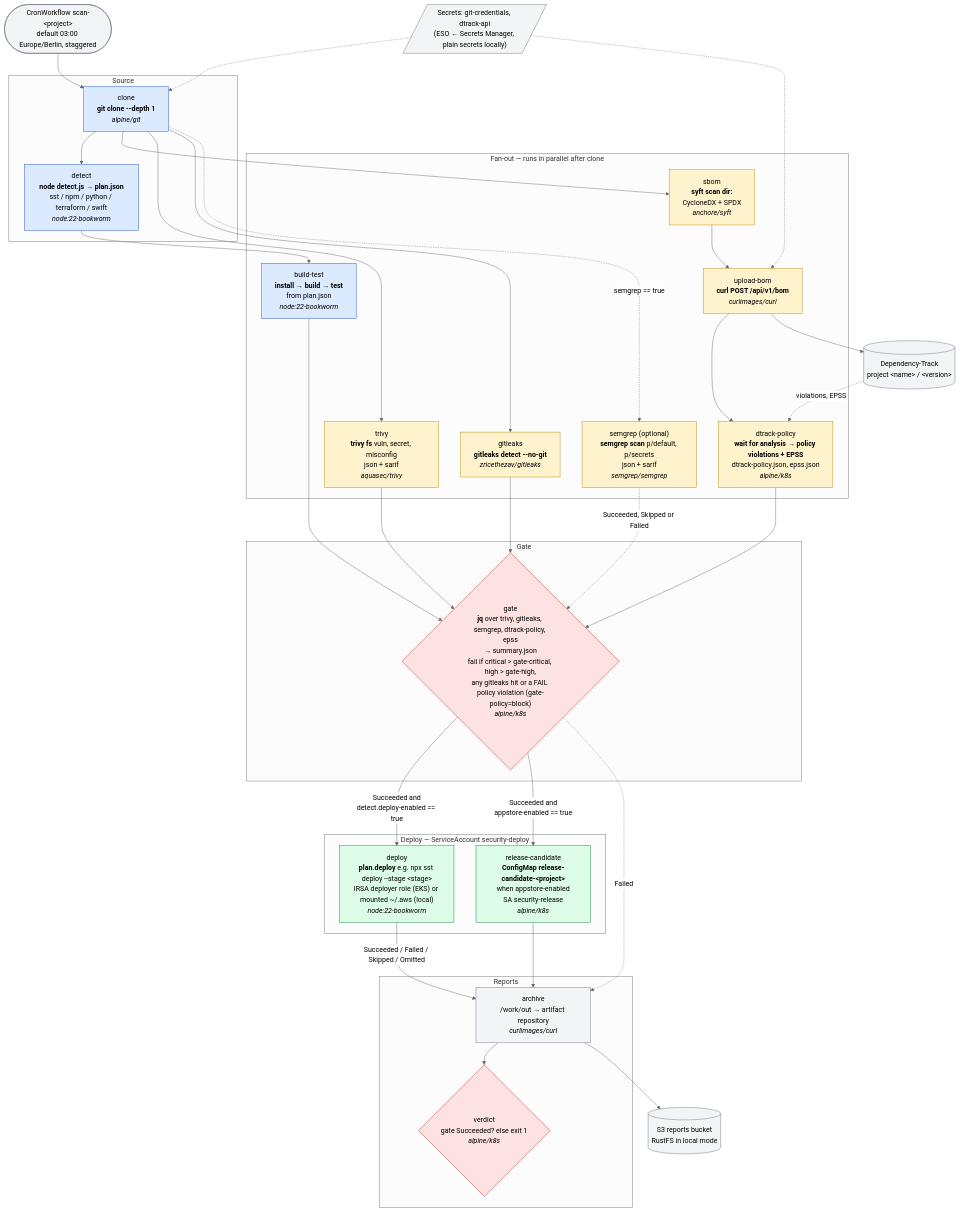
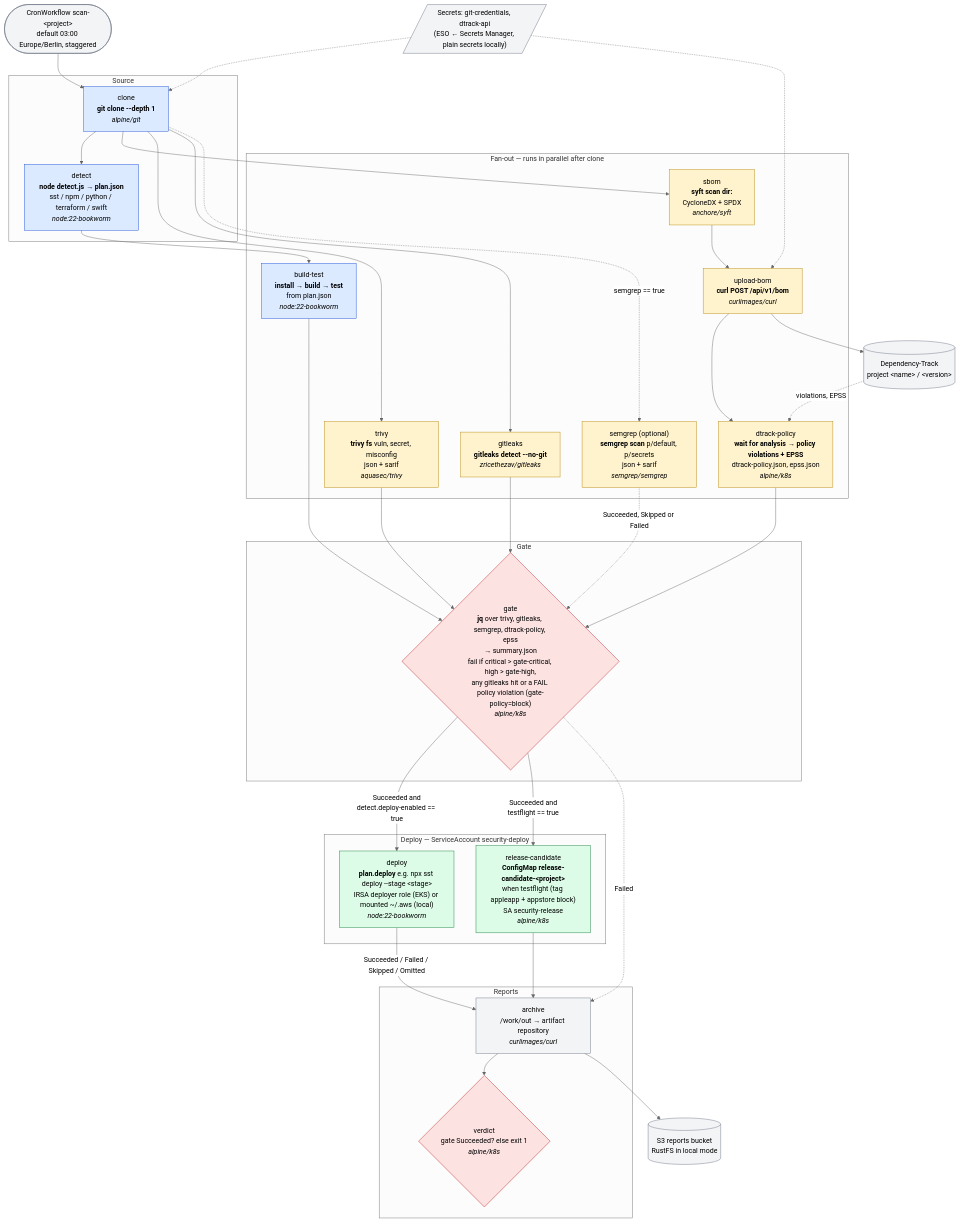
One commit to afitterling/security-pipeline changed the first of 4 diagrams in docs/workflow.md. Above: the diagram before and after it, drawn with Mermaid (neutral theme). The commit also changed other lines of this file and 14 other files, not shown here.

First line of the commit message:
tag Swift repos appleapp; upload-to-testflight workflow only for appleapp projects

````diff
--- a/docs/workflow.md
+++ b/docs/workflow.md
@@ -10,73 +10,73 @@
 ```mermaid
 flowchart TD
     cron([CronWorkflow scan-&lt;project&gt;<br/>default 03:00 Europe/Berlin, staggered]) --> clone
 
     subgraph source["Source"]
         clone["clone<br/><b>git clone --depth 1</b><br/><i>alpine/git</i>"]
         detect["detect<br/><b>node detect.js → plan.json</b><br/>sst / npm / python / terraform / swift<br/><i>node:22-bookworm</i>"]
     end
 
     subgraph parallel["Fan-out — runs in parallel after clone"]
         build["build-test<br/><b>install → build → test</b><br/>from plan.json<br/><i>node:22-bookworm</i>"]
         sbom["sbom<br/><b>syft scan dir:</b><br/>CycloneDX + SPDX<br/><i>anchore/syft</i>"]
         upload["upload-bom<br/><b>curl POST /api/v1/bom</b><br/><i>curlimages/curl</i>"]
         dpol["dtrack-policy<br/><b>wait for analysis → policy violations + EPSS</b><br/>dtrack-policy.json, epss.json<br/><i>alpine/k8s</i>"]
         trivy["trivy<br/><b>trivy fs</b> vuln, secret, misconfig<br/>json + sarif<br/><i>aquasec/trivy</i>"]
         gitleaks["gitleaks<br/><b>gitleaks detect --no-git</b><br/><i>zricethezav/gitleaks</i>"]
         semgrep["semgrep (optional)<br/><b>semgrep scan</b> p/default, p/secrets<br/>json + sarif<br/><i>semgrep/semgrep</i>"]
     end
 
     subgraph gatebox["Gate"]
         gate{"gate<br/><b>jq</b> over trivy, gitleaks, semgrep, dtrack-policy, epss<br/>→ summary.json<br/>fail if critical &gt; gate-critical, high &gt; gate-high,<br/>any gitleaks hit or a FAIL policy violation (gate-policy=block)<br/><i>alpine/k8s</i>"}
     end
 
     subgraph deploybox["Deploy — ServiceAccount security-deploy"]
-        rc["release-candidate<br/><b>ConfigMap release-candidate-&lt;project&gt;</b><br/>when appstore-enabled<br/>SA security-release<br/><i>alpine/k8s</i>"]
+        rc["release-candidate<br/><b>ConfigMap release-candidate-&lt;project&gt;</b><br/>when testflight (tag appleapp + appstore block)<br/>SA security-release<br/><i>alpine/k8s</i>"]
         deploy["deploy<br/><b>plan.deploy</b> e.g. npx sst deploy --stage &lt;stage&gt;<br/>IRSA deployer role (EKS) or mounted ~/.aws (local)<br/><i>node:22-bookworm</i>"]
     end
 
     subgraph finish["Reports"]
         archive["archive<br/>/work/out → artifact repository<br/><i>curlimages/curl</i>"]
         verdict{"verdict<br/>gate Succeeded? else exit 1<br/><i>alpine/k8s</i>"}
     end
 
     clone --> detect --> build
     clone --> sbom --> upload --> dpol
     clone --> trivy
     clone --> gitleaks
     clone -. "semgrep == true" .-> semgrep
 
     build --> gate
     dpol --> gate
     trivy --> gate
     gitleaks --> gate
     semgrep -. "Succeeded, Skipped or Failed" .-> gate
 
     gate -- "Succeeded and<br/>detect.deploy-enabled == true" --> deploy
-    gate -- "Succeeded and<br/>appstore-enabled == true" --> rc
+    gate -- "Succeeded and<br/>testflight == true" --> rc
     rc --> archive
     gate -. "Failed" .-> archive
     deploy -- "Succeeded / Failed / Skipped / Omitted" --> archive
     archive --> verdict
 
     dtrack[(Dependency-Track<br/>project &lt;name&gt; / &lt;version&gt;)]
     s3[(S3 reports bucket<br/>RustFS in local mode)]
     secrets[/"Secrets: git-credentials, dtrack-api<br/>(ESO ← Secrets Manager, plain secrets locally)"/]
 
     upload --> dtrack
     dtrack -. "violations, EPSS" .-> dpol
     archive --> s3
     secrets -.-> clone
     secrets -.-> upload
 
     classDef scan fill:#fff3cd,stroke:#b8860b,color:#000
     classDef build fill:#dbeafe,stroke:#1d4ed8,color:#000
     classDef gate fill:#fde2e2,stroke:#b91c1c,color:#000
     classDef deploy fill:#dcfce7,stroke:#15803d,color:#000
     classDef ext fill:#f3f4f6,stroke:#6b7280,color:#000
     class sbom,trivy,gitleaks,semgrep,upload,dpol scan
     class clone,detect,build build
     class gate,verdict gate
     class deploy,rc deploy
     class archive,dtrack,s3,secrets,cron ext
 ```
````
